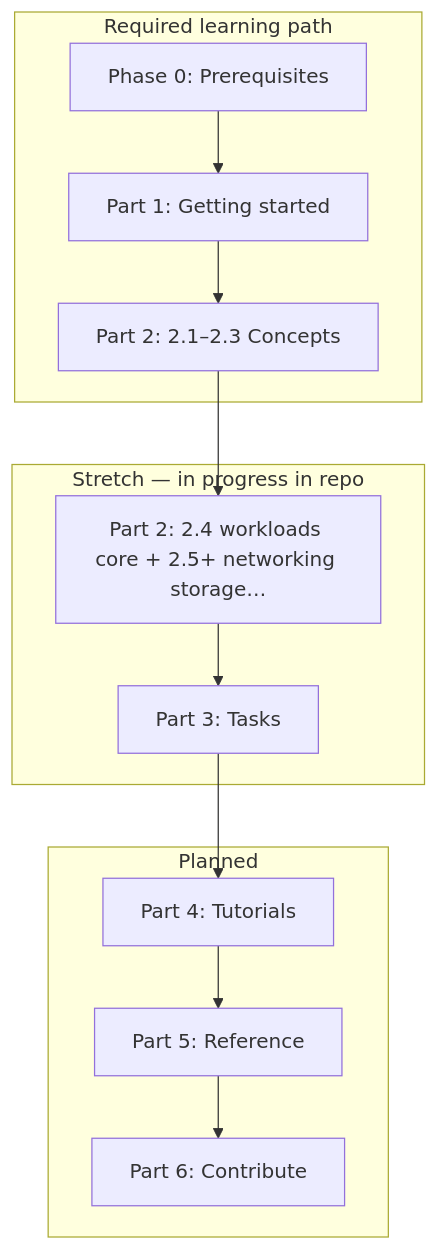
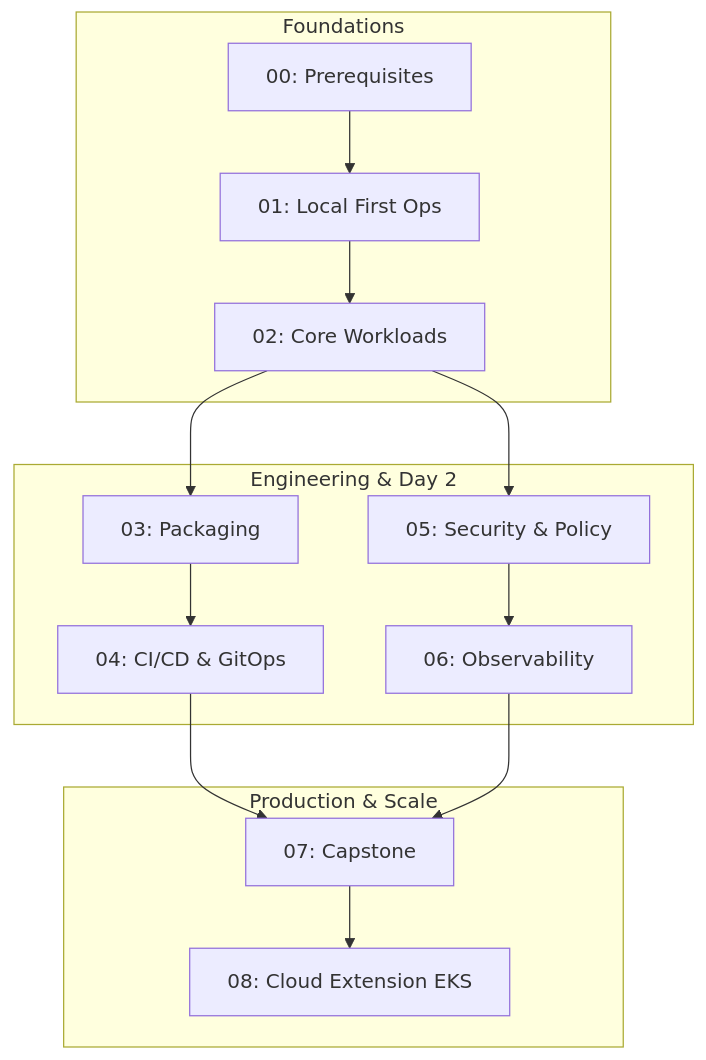
The diagram in README.md (TechITFactory/KubernetesFullStackOps), drawn with Mermaid before and after one commit. The commit also changed other lines of this file and 1919 other files, not shown here.

````diff
--- a/README.md
+++ b/README.md
@@ -19,20 +18,24 @@
 ```mermaid
 flowchart TB
-  subgraph required[Required learning path]
-    P0[Phase 0: Prerequisites]
-    P1[Part 1: Getting started]
-    P2a[Part 2: 2.1–2.3 Concepts]
+  subgraph foundations[Foundations]
+    T0[00: Prerequisites]
+    T1[01: Local First Ops]
+    T2[02: Core Workloads]
   end
-  subgraph stretch[Stretch — in progress in repo]
-    P2b[Part 2: 2.4 workloads core + 2.5+ networking storage…]
-    P3[Part 3: Tasks]
+  subgraph engineering[Engineering & Day 2]
+    T3[03: Packaging]
+    T4[04: CI/CD & GitOps]
+    T5[05: Security & Policy]
+    T6[06: Observability]
   end
-  subgraph future[Planned]
-    P4[Part 4: Tutorials]
-    P5[Part 5: Reference]
-    P6[Part 6: Contribute]
+  subgraph realworld[Production & Scale]
+    T7[07: Capstone]
+    T8[08: Cloud Extension EKS]
   end
-  P0 --> P1 --> P2a --> P2b
-  P2b --> P3
-  P3 --> P4 --> P5 --> P6
+  T0 --> T1 --> T2
+  T2 --> T3 --> T4
+  T2 --> T5 --> T6
+  T4 --> T7
+  T6 --> T7
+  T7 --> T8
 ```
````
